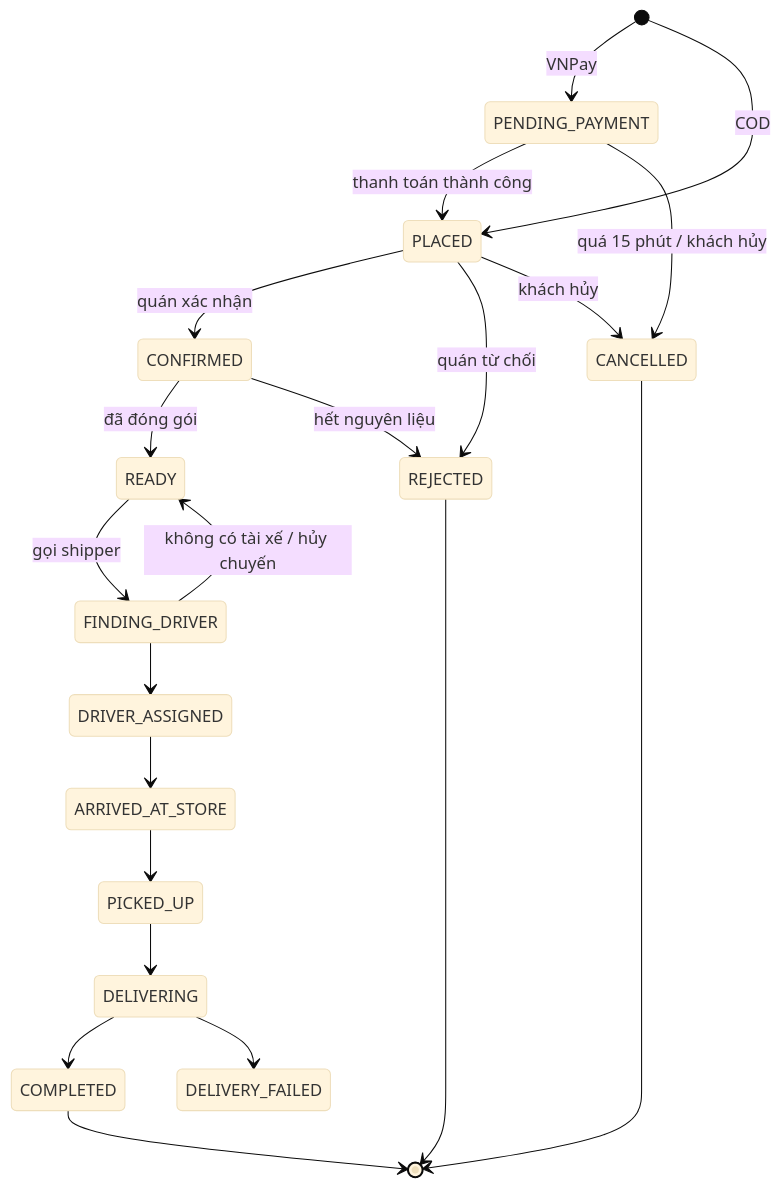
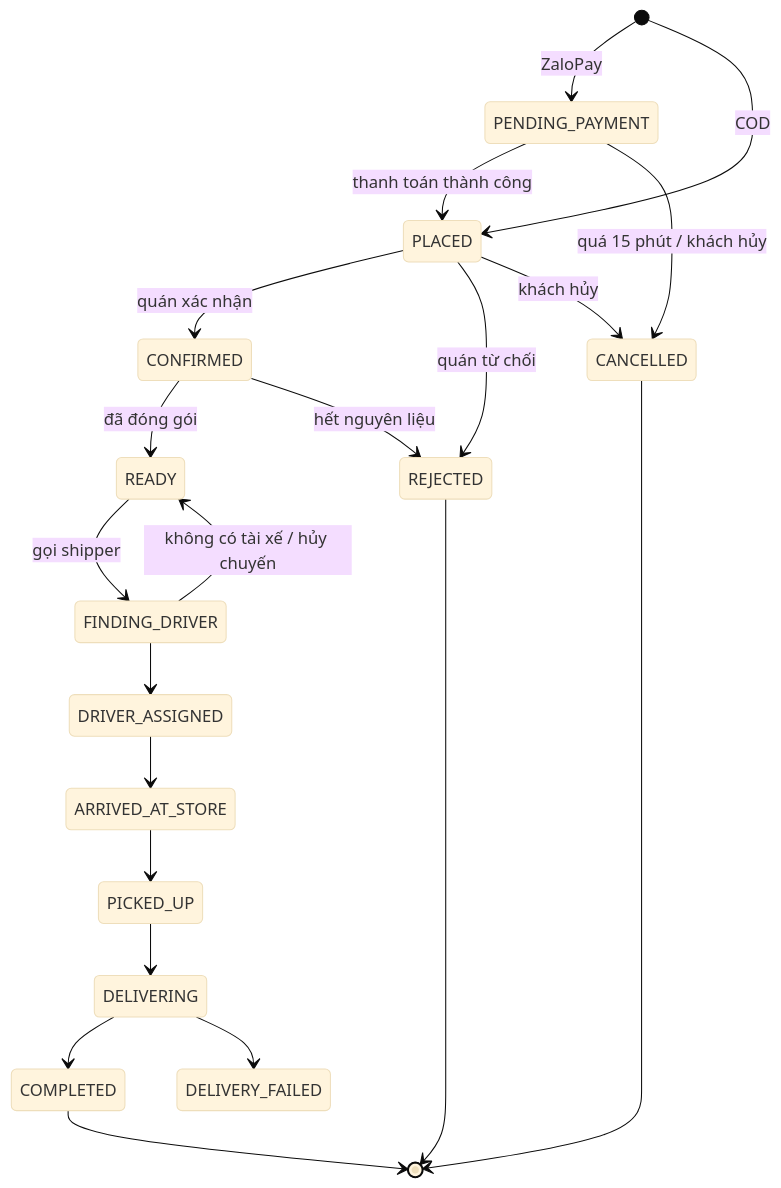
The fourth of 7 diagrams in docs/00-project-plan.md (thanhpino/MobileAppFinalProject-MiaoSong), drawn with Mermaid (base theme) before and after one commit. The commit also changed other lines of this file and 51 other files, not shown here.

Commit message:
- completed class diagrams - completed activity diagrams - completed use case diagrams - completed test plans - adjusted the sequence diagrams from TMT after changing from vnpay to zalopay, and ggmap to openstreetmap

````diff
--- a/docs/00-project-plan.md
+++ b/docs/00-project-plan.md
@@ -285,23 +285,23 @@
 ```mermaid
 stateDiagram-v2
-    [*] --> PENDING_PAYMENT: VNPay
+    [*] --> PENDING_PAYMENT: ZaloPay
     [*] --> PLACED: COD
     PENDING_PAYMENT --> PLACED: thanh toán thành công
     PENDING_PAYMENT --> CANCELLED: quá 15 phút / khách hủy
     PLACED --> CONFIRMED: quán xác nhận
     PLACED --> REJECTED: quán từ chối
     PLACED --> CANCELLED: khách hủy
     CONFIRMED --> READY: đã đóng gói
     CONFIRMED --> REJECTED: hết nguyên liệu
     READY --> FINDING_DRIVER: gọi shipper
     FINDING_DRIVER --> DRIVER_ASSIGNED
     FINDING_DRIVER --> READY: không có tài xế / hủy chuyến
     DRIVER_ASSIGNED --> ARRIVED_AT_STORE
     ARRIVED_AT_STORE --> PICKED_UP
     PICKED_UP --> DELIVERING
     DELIVERING --> COMPLETED
     DELIVERING --> DELIVERY_FAILED
     REJECTED --> [*]
     CANCELLED --> [*]
     COMPLETED --> [*]
 ```
````
